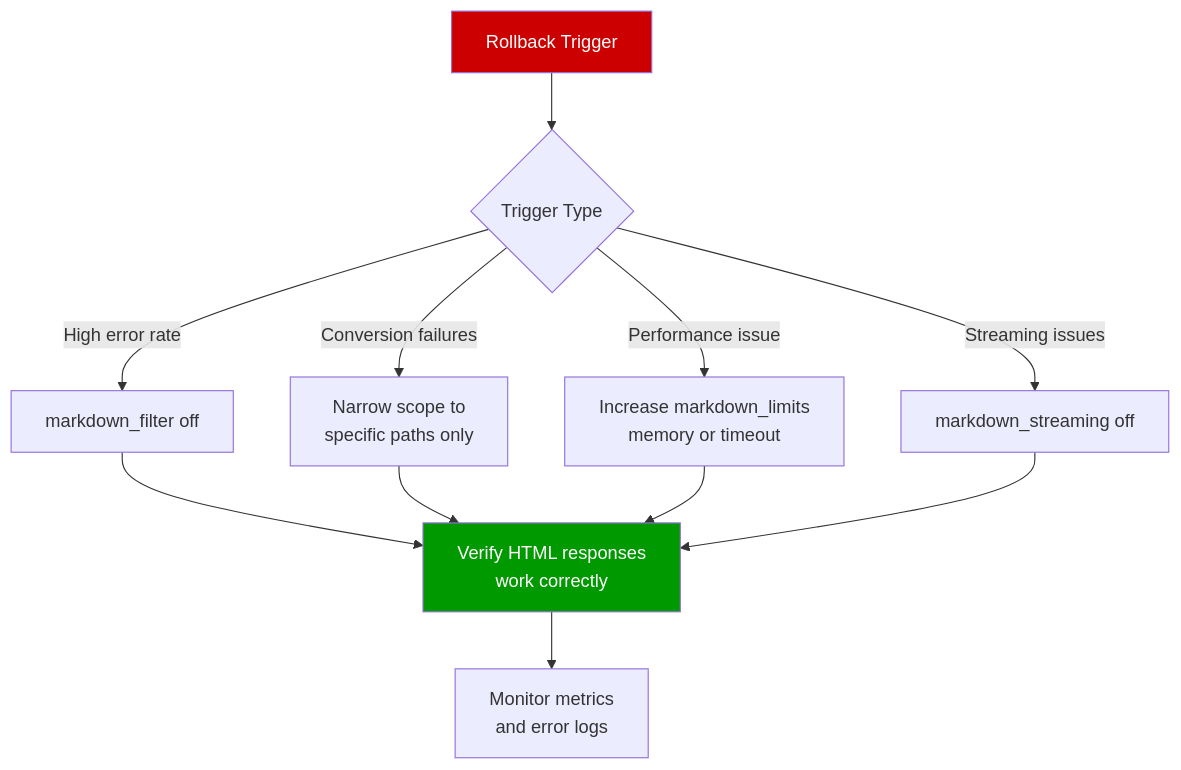
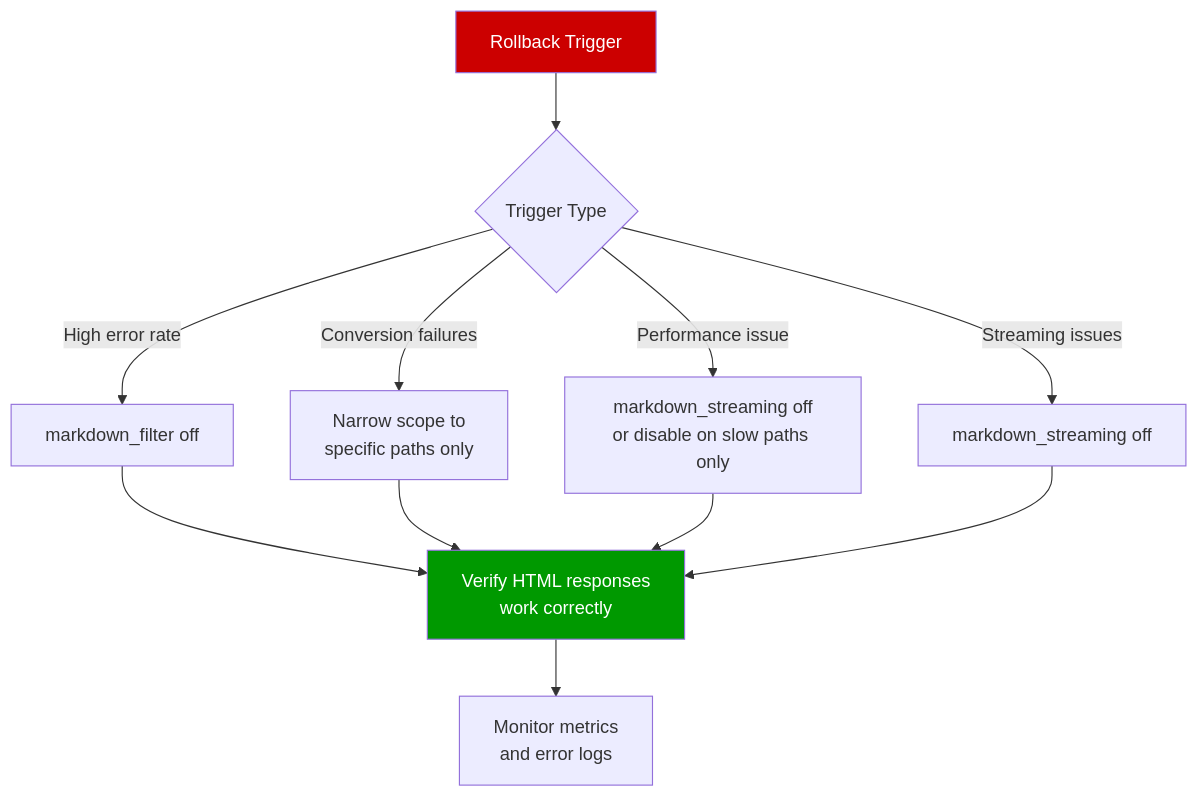
Before and after one commit to cnkang/nginx-markdown-for-agents: the diagram in docs/guides/OPERATIONAL_ROLLBACK.md, drawn with Mermaid. The commit also changed other lines of this file and 34 other files, not shown here.

````diff
--- a/docs/guides/OPERATIONAL_ROLLBACK.md
+++ b/docs/guides/OPERATIONAL_ROLLBACK.md
@@ -25,16 +25,16 @@
 ```mermaid
 flowchart TD
     Trigger["Rollback Trigger"] --> Type{"Trigger Type"}
     Type -->|High error rate| Disable["markdown_filter off"]
     Type -->|Conversion failures| Narrow["Narrow scope to<br/>specific paths only"]
-    Type -->|Performance issue| IncreaseLimit["Increase markdown_limits<br/>memory or timeout"]
+    Type -->|Performance issue| StreamOff["markdown_streaming off<br/>or disable on slow paths only"]
     Type -->|Streaming issues| DisableStream["markdown_streaming off"]
     Disable --> Verify["Verify HTML responses<br/>work correctly"]
     Narrow --> Verify
-    IncreaseLimit --> Verify
+    StreamOff --> Verify
     DisableStream --> Verify
     Verify --> Monitor["Monitor metrics<br/>and error logs"]
 
     style Trigger fill:#c00,color:#fff
     style Verify fill:#090,color:#fff
 ```
````
